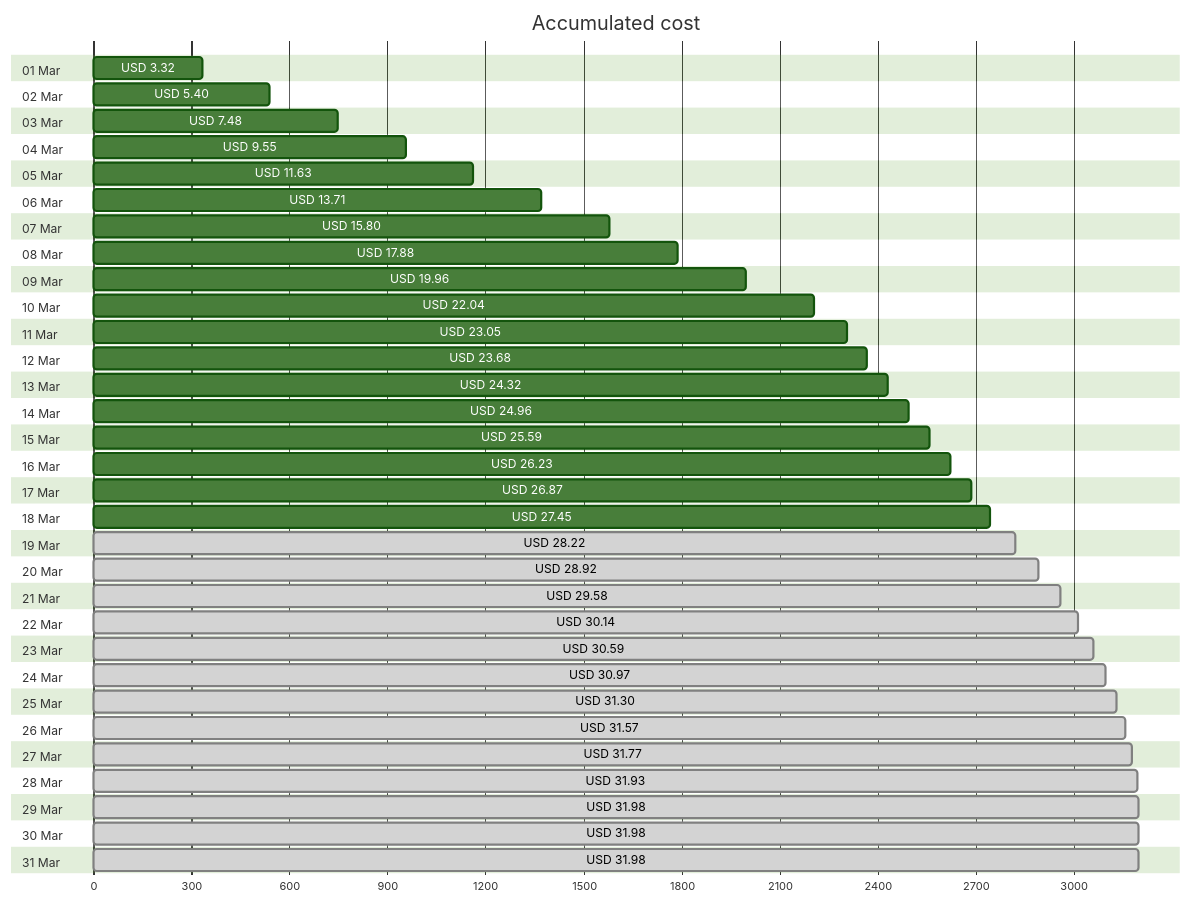
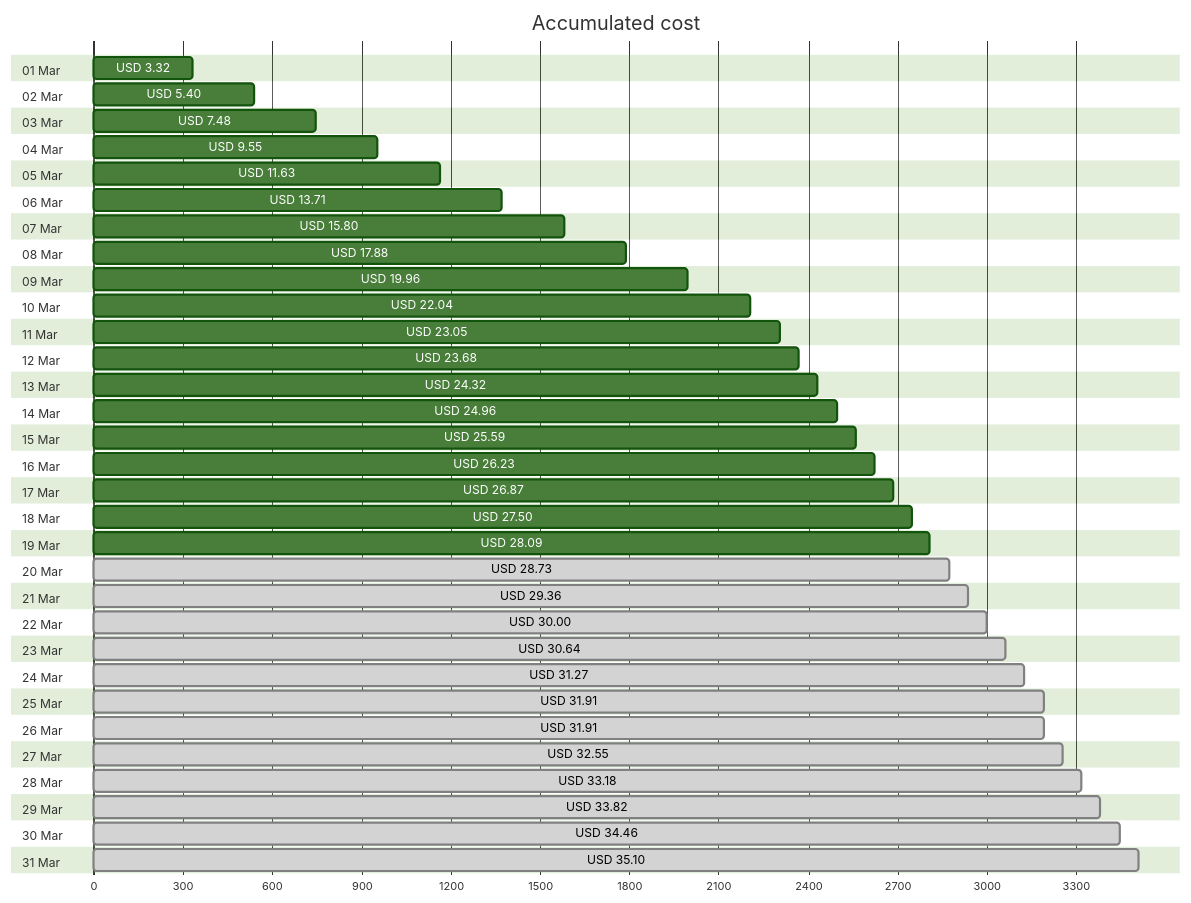
The first of 4 diagrams in cost-reports/accumulated-cost.md (jpfulton/azure-personal-reports), drawn with Mermaid (forest theme) before and after one commit. The commit also changed other lines of this file and 4 other files, not shown here.

````diff
--- a/cost-reports/accumulated-cost.md
+++ b/cost-reports/accumulated-cost.md
@@ -20,68 +20,68 @@
 ```mermaid
 gantt
    title Accumulated cost
    dateFormat  X
    axisFormat %s
    section 01 Mar
    USD 3.32 :0, 332
    section 02 Mar
    USD 5.40 :0, 540
    section 03 Mar
    USD 7.48 :0, 748
    section 04 Mar
    USD 9.55 :0, 955
    section 05 Mar
    USD 11.63 :0, 1163
    section 06 Mar
    USD 13.71 :0, 1371
    section 07 Mar
    USD 15.80 :0, 1580
    section 08 Mar
    USD 17.88 :0, 1788
    section 09 Mar
    USD 19.96 :0, 1996
    section 10 Mar
    USD 22.04 :0, 2204
    section 11 Mar
    USD 23.05 :0, 2305
    section 12 Mar
    USD 23.68 :0, 2368
    section 13 Mar
    USD 24.32 :0, 2432
    section 14 Mar
    USD 24.96 :0, 2496
    section 15 Mar
    USD 25.59 :0, 2559
    section 16 Mar
    USD 26.23 :0, 2623
    section 17 Mar
    USD 26.87 :0, 2687
    section 18 Mar
-   USD 27.45 :0, 2745
+   USD 27.50 :0, 2750
    section 19 Mar
-   USD 28.22 : done, 0, 2822
+   USD 28.09 :0, 2809
    section 20 Mar
-   USD 28.92 : done, 0, 2892
+   USD 28.73 : done, 0, 2873
    section 21 Mar
-   USD 29.58 : done, 0, 2958
+   USD 29.36 : done, 0, 2936
    section 22 Mar
-   USD 30.14 : done, 0, 3014
+   USD 30.00 : done, 0, 3000
    section 23 Mar
-   USD 30.59 : done, 0, 3059
+   USD 30.64 : done, 0, 3064
    section 24 Mar
-   USD 30.97 : done, 0, 3097
+   USD 31.27 : done, 0, 3127
    section 25 Mar
-   USD 31.30 : done, 0, 3130
+   USD 31.91 : done, 0, 3191
    section 26 Mar
-   USD 31.57 : done, 0, 3157
+   USD 31.91 : done, 0, 3191
    section 27 Mar
-   USD 31.77 : done, 0, 3177
+   USD 32.55 : done, 0, 3255
    section 28 Mar
-   USD 31.93 : done, 0, 3193
+   USD 33.18 : done, 0, 3318
    section 29 Mar
-   USD 31.98 : done, 0, 3198
+   USD 33.82 : done, 0, 3382
    section 30 Mar
-   USD 31.98 : done, 0, 3198
+   USD 34.46 : done, 0, 3446
    section 31 Mar
-   USD 31.98 : done, 0, 3198
+   USD 35.10 : done, 0, 3510
 ```
````
